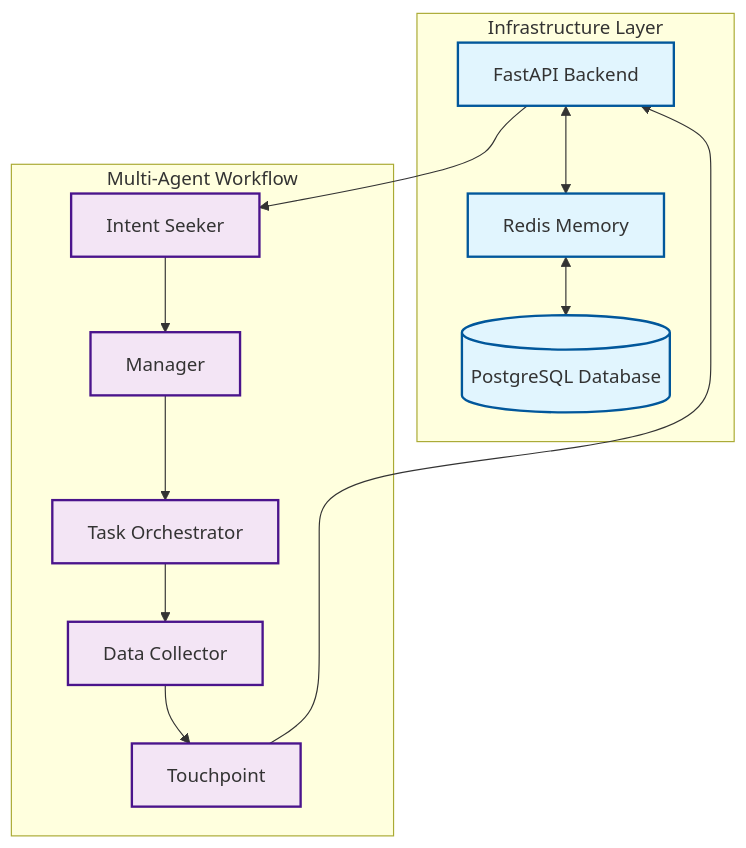
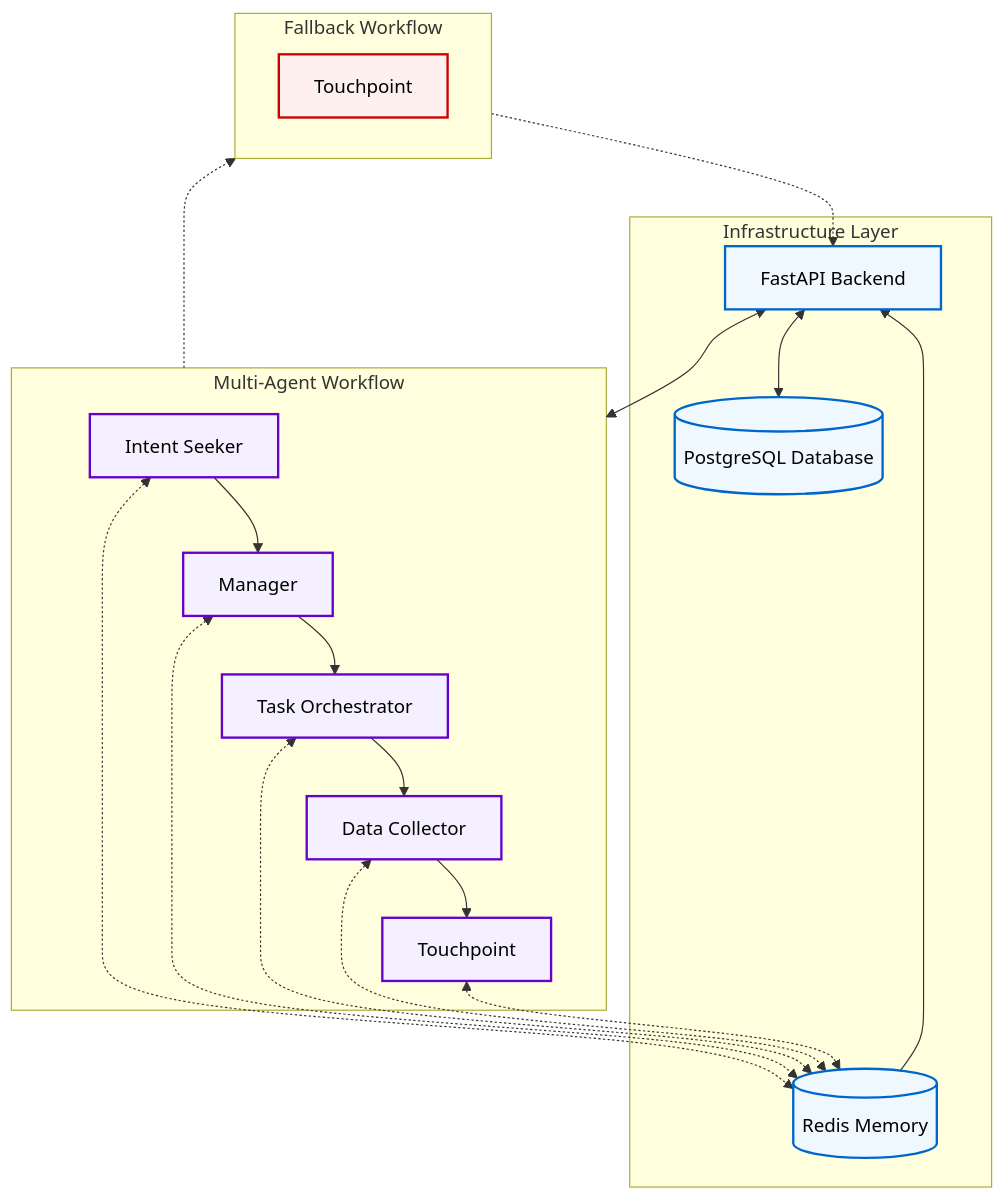
Before and after one commit to igorjpimenta/multiagent-workflow-template: the first of 2 diagrams in README.md, drawn with Mermaid. The commit also changed other lines of this file, not shown here.

Commit message:
chore(diagrams): fix workflow diagrams in readme.md for clarity and structure
- Update Mermaid diagrams to improve visual representation of the multi-agent and fallback workflows
- Introduce new subgraphs for better organization and readability
- Adjust styling for light/dark mode compatibility
- Ensure all workflow nodes are clearly defined and connected

````diff
--- a/README.md
+++ b/README.md
@@ -433,35 +433,45 @@
 ```mermaid
 graph TB
-    subgraph "Infrastructure Layer"
-        API[FastAPI Backend]
-        REDIS[Redis Memory]
-        DB[(PostgreSQL Database)]
-    end
-    
-    subgraph "Multi-Agent Workflow"
-        IS[Intent Seeker]
-        MGR[Manager]
-        TO[Task Orchestrator]
-        DC[Data Collector]
-        TP[Touchpoint]
-    end
-    
+ subgraph Infrastructure_Layer["Infrastructure Layer"]
+        API["FastAPI Backend"]
+        REDIS[("Redis Memory")]
+        DB[("PostgreSQL Database")]
+  end
+
+ subgraph W1["Multi-Agent Workflow"]
+        IS["Intent Seeker"]
+        MGR["Manager"]
+        TO["Task Orchestrator"]
+        DC["Data Collector"]
+        TP["Touchpoint"]
+  end
+
+ subgraph W2["Fallback Workflow"]
+        FB["Touchpoint"]
+  end
+
     %% Infrastructure connections
-    API <--> REDIS
-    REDIS <--> DB
-    API --> IS
-    
+    API <--> DB & W1
+    W1 -.-> W2
+
     %% Workflow connections
+    W2 -.-> API
+    REDIS --> API
     IS --> MGR
     MGR --> TO
     TO --> DC
     DC --> TP
-    TP --> API
-    
-    %% Styling
-    classDef infra fill:#e1f5fe,stroke:#01579b,stroke-width:2px
-    classDef agent fill:#f3e5f5,stroke:#4a148c,stroke-width:2px
-    
+
+    %% All workflow nodes send data to Redis
+    IS & MGR & TO & DC & TP <-.-> REDIS
+
+    %% Styling - Light/Dark mode compatible colors
+    classDef infra fill:#f0f8ff,stroke:#0066cc,stroke-width:2px,color:#000
+    classDef agent fill:#f5f0ff,stroke:#6600cc,stroke-width:2px,color:#000
+    classDef fallback fill:#fff0f0,stroke:#cc0000,stroke-width:2px,color:#000
+
+    %% Defining classes
     class API,REDIS,DB infra
     class IS,MGR,TO,DC,TP agent
+    class FB fallback
 ```
````
